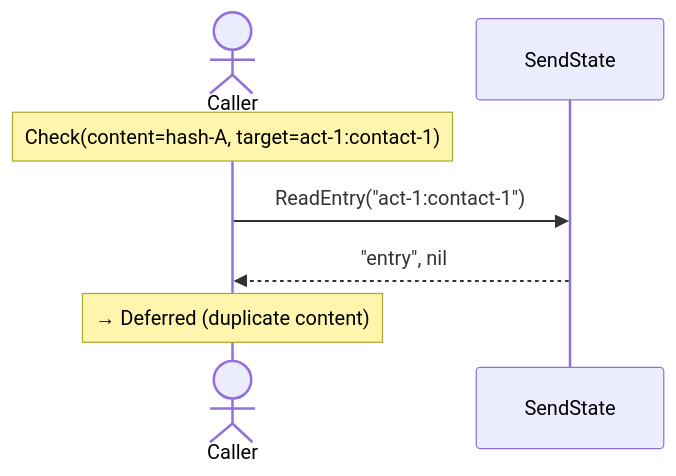
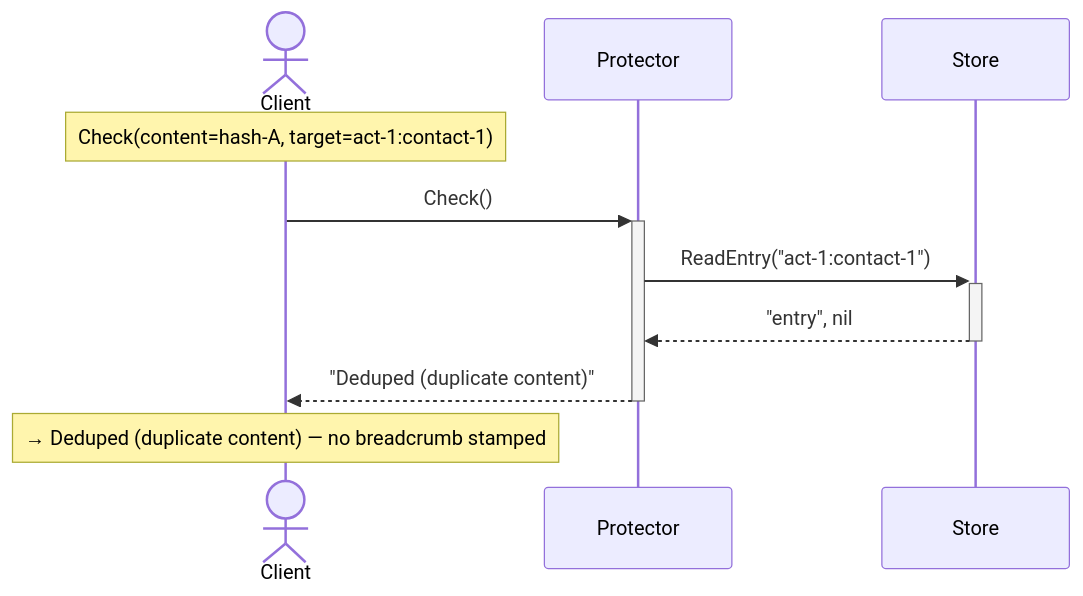
The second of 6 diagrams in protect/sequence_test.md (homemade/pith), drawn with Mermaid before and after one commit. The commit also changed other lines of this file and 18 other files, not shown here.

````diff
--- a/protect/sequence_test.md
+++ b/protect/sequence_test.md
@@ -31,10 +36,13 @@
 ```mermaid
 sequenceDiagram
-    actor C as Caller
-    participant SendState
+    actor Client
+    participant Protector
+    participant Store
 
-    Note over C: Check(content=hash-A, target=act-1:contact-1)
-    C->>SendState: ReadEntry("act-1:contact-1")
-    SendState-->>C: "entry", nil
-    Note over C: → Deferred (duplicate content)
+    Note over Client: Check(content=hash-A, target=act-1:contact-1)
+    Client->>+Protector: Check()
+    Protector->>+Store: ReadEntry("act-1:contact-1")
+    Store-->>-Protector: "entry", nil
+    Protector-->>-Client: "Deduped (duplicate content)"
+    Note over Client: → Deduped (duplicate content) — no breadcrumb stamped
 ```
````
